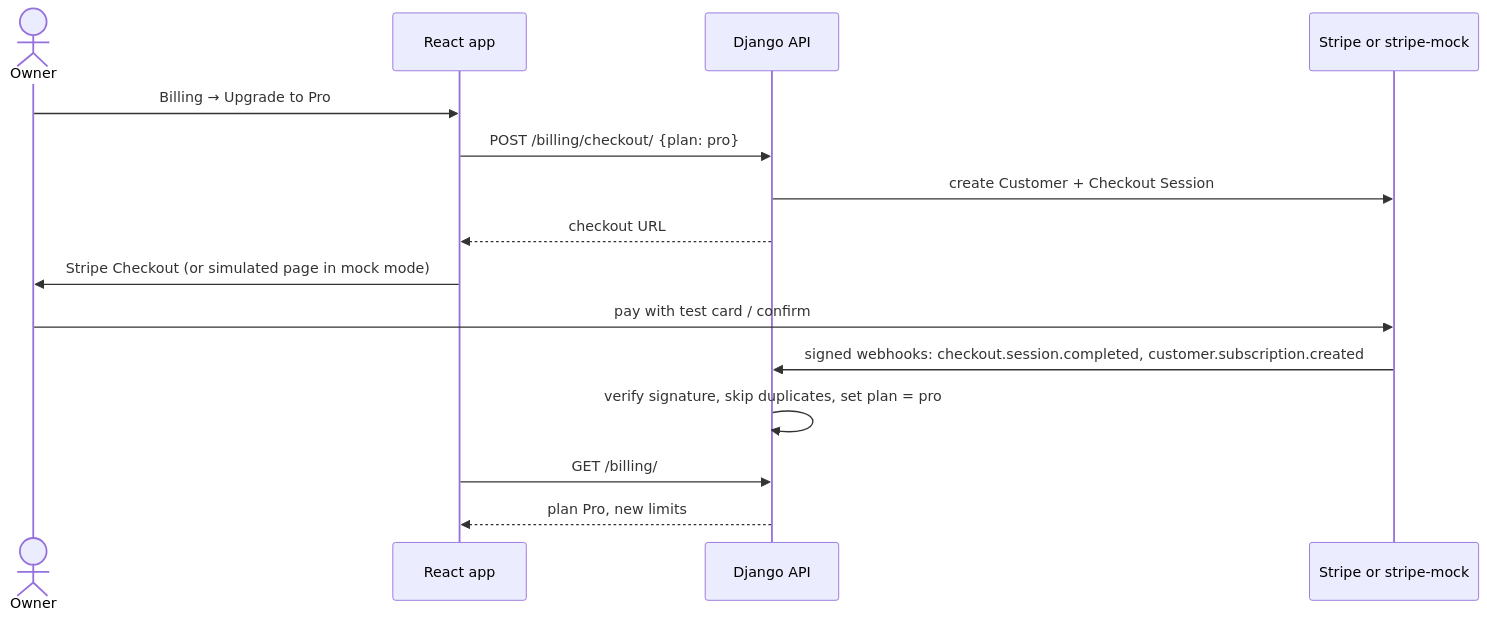
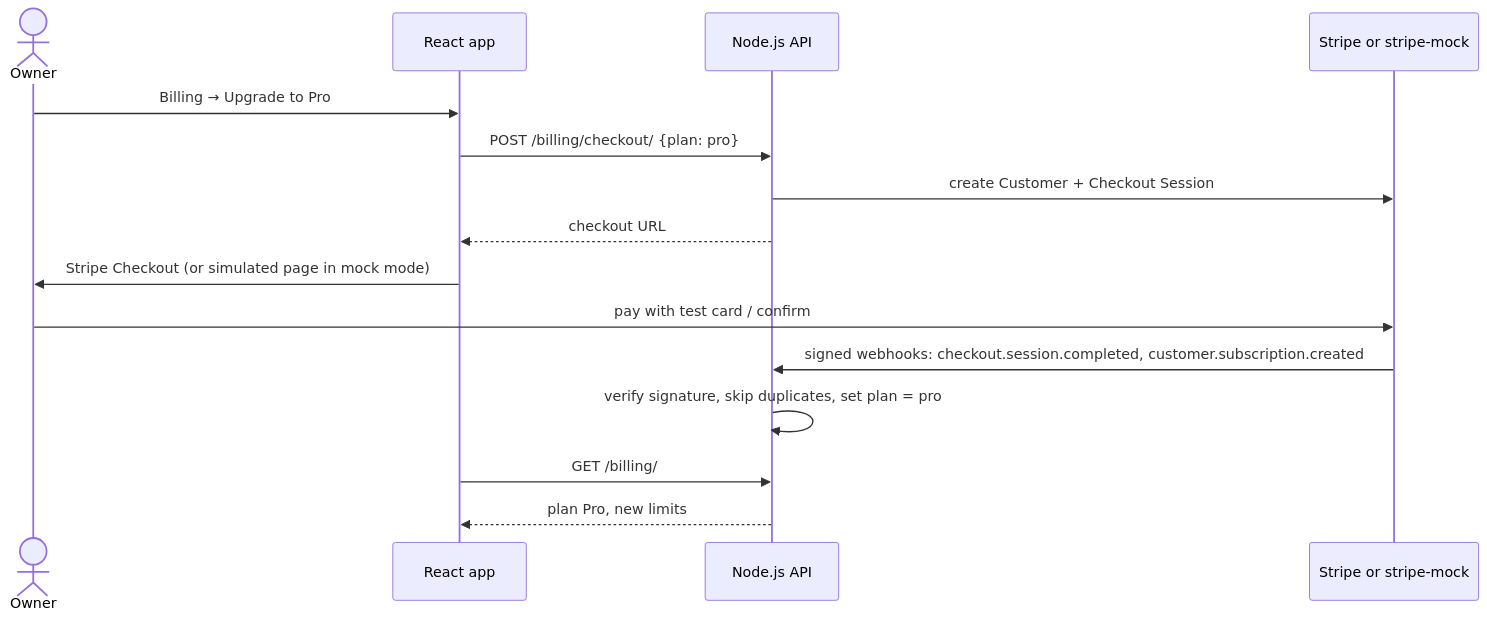
The sixth of 7 diagrams in FS-04/docs/specs/03-app-flow.md (Adarsh619/Rout_Adarsh_Pradhan_Capstone_Projects), drawn with Mermaid before and after one commit. The commit also changed other lines of this file and 298 other files, not shown here.

````diff
--- a/FS-04/docs/specs/03-app-flow.md
+++ b/FS-04/docs/specs/03-app-flow.md
@@ -101,17 +101,17 @@
 ```mermaid
 sequenceDiagram
   actor O as Owner
   participant UI as React app
-  participant API as Django API
+  participant API as Node.js API
   participant S as Stripe or stripe-mock
   O->>UI: Billing → Upgrade to Pro
   UI->>API: POST /billing/checkout/ {plan: pro}
   API->>S: create Customer + Checkout Session
   API-->>UI: checkout URL
   UI->>O: Stripe Checkout (or simulated page in mock mode)
   O->>S: pay with test card / confirm
   S->>API: signed webhooks: checkout.session.completed, customer.subscription.created
   API->>API: verify signature, skip duplicates, set plan = pro
   UI->>API: GET /billing/
   API-->>UI: plan Pro, new limits
 ```
````
